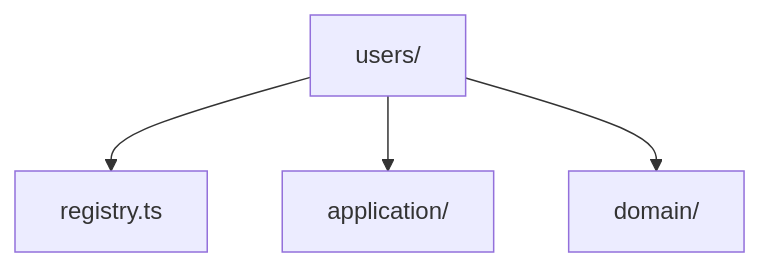
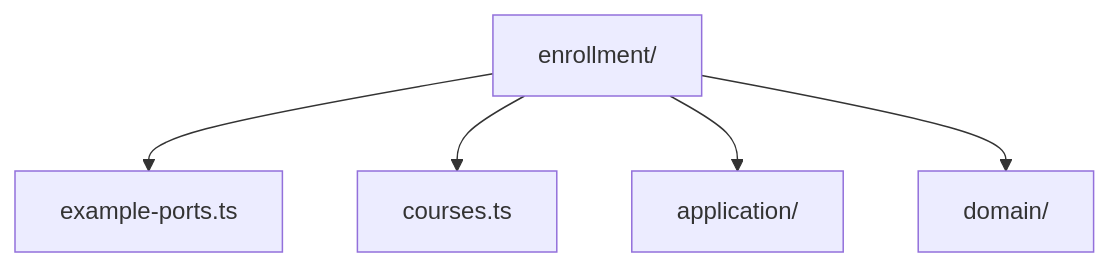
The second of 2 diagrams in docs/context-ports.md (virtualitems/tshex-cli), drawn with Mermaid before and after one commit. The commit also changed other lines of this file and 5 other files, not shown here.

````diff
--- a/docs/context-ports.md
+++ b/docs/context-ports.md
@@ -111,6 +148,7 @@
 ```mermaid
 flowchart TD
-    users["users/"] --> registry["registry.ts"]
-    users --> application["application/"]
-    users --> domain["domain/"]
+    enrollment["enrollment/"] --> examplePort["example-ports.ts"]
+    enrollment --> courses["courses.ts"]
+    enrollment --> application["application/"]
+    enrollment --> domain["domain/"]
 ```
````
